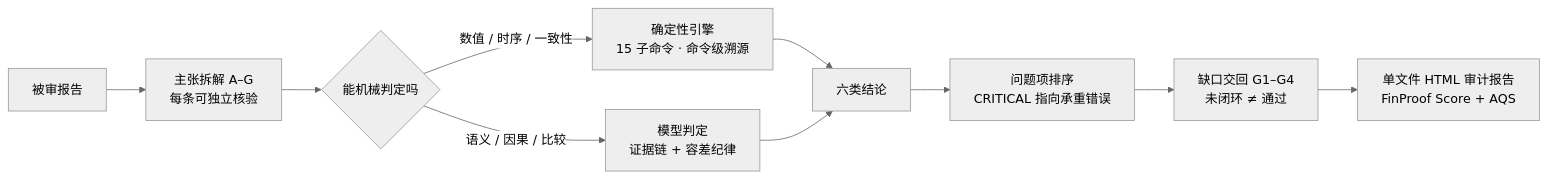
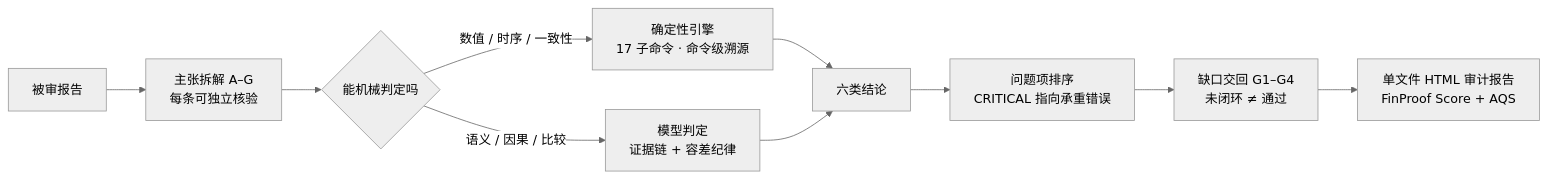
One commit to LZIFE/finproof changed the diagram in README.md. Above: the diagram before and after it, drawn with Mermaid (neutral theme). The commit also changed other lines of this file and 21 other files, not shown here.

````diff
--- a/README.md
+++ b/README.md
@@ -38,12 +38,12 @@
 ```mermaid
 flowchart LR
     A[被审报告] --> B["主张拆解 A–G<br/>每条可独立核验"]
     B --> C{能机械判定吗}
-    C -->|数值 / 时序 / 一致性| D["确定性引擎<br/>15 子命令 · 命令级溯源"]
+    C -->|数值 / 时序 / 一致性| D["确定性引擎<br/>17 子命令 · 命令级溯源"]
     C -->|语义 / 因果 / 比较| E["模型判定<br/>证据链 + 容差纪律"]
     D --> F["六类结论"]
     E --> F
     F --> G["问题项排序<br/>CRITICAL 指向承重错误"]
     G --> H["缺口交回 G1–G4<br/>未闭环 ≠ 通过"]
     H --> I["单文件 HTML 审计报告<br/>FinProof Score + AQS"]
 ```
````
